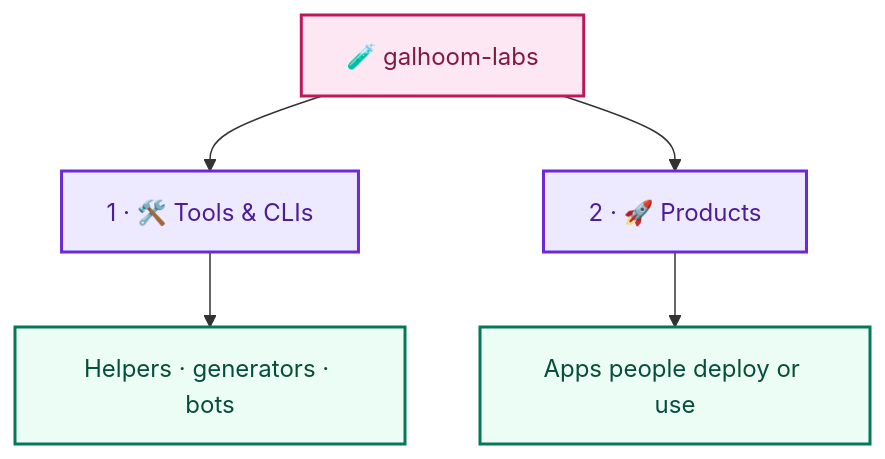
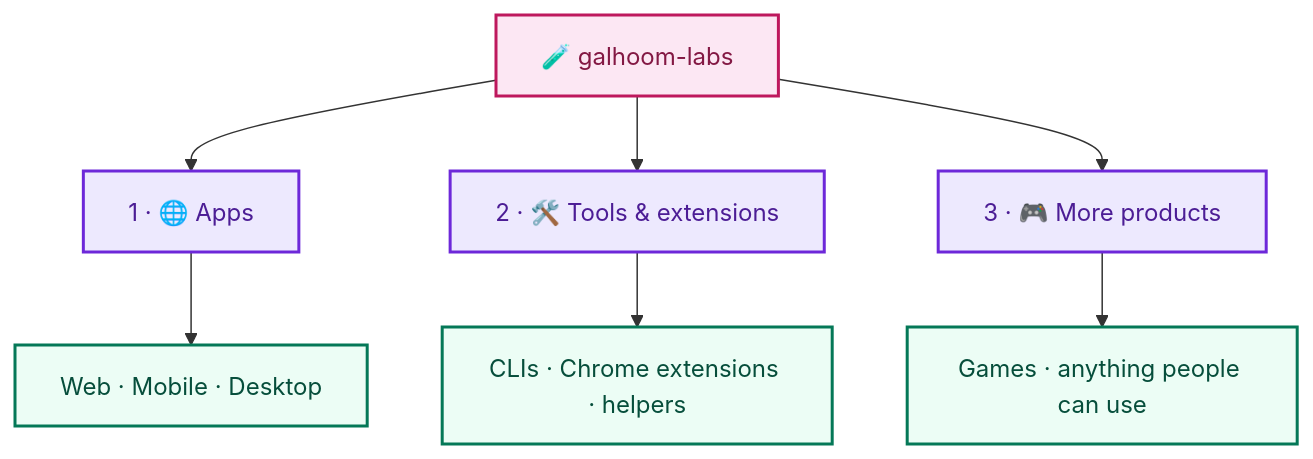
The diagram in profile/README.md (galhoom-labs/.github), drawn with Mermaid before and after one commit. The commit also changed other lines of this file, not shown here.

Commit message:
docs: Labs = real products people can use

````diff
--- a/profile/README.md
+++ b/profile/README.md
@@ -16,15 +21,17 @@
 ```mermaid
 flowchart TB
   LABS["🧪 galhoom-labs"]
-  LABS --> T["1 · 🛠️ Tools & CLIs"]
-  LABS --> PROD["2 · 🚀 Products"]
-  T --> T1["Helpers · generators · bots"]
-  PROD --> P1["Apps people deploy or use"]
+  LABS --> APP["1 · 🌐 Apps"]
+  LABS --> TOOL["2 · 🛠️ Tools & extensions"]
+  LABS --> MORE["3 · 🎮 More products"]
+  APP --> A1["Web · Mobile · Desktop"]
+  TOOL --> T1["CLIs · Chrome extensions · helpers"]
+  MORE --> M1["Games · anything people can use"]
 
   classDef org fill:#fce7f3,stroke:#be185d,color:#831843,stroke-width:2px
   classDef track fill:#ede9fe,stroke:#6d28d9,color:#4c1d95,stroke-width:2px
   classDef item fill:#ecfdf5,stroke:#047857,color:#064e3b,stroke-width:2px
   class LABS org
-  class T,PROD track
-  class T1,P1 item
+  class APP,TOOL,MORE track
+  class A1,T1,M1 item
 ```
````
